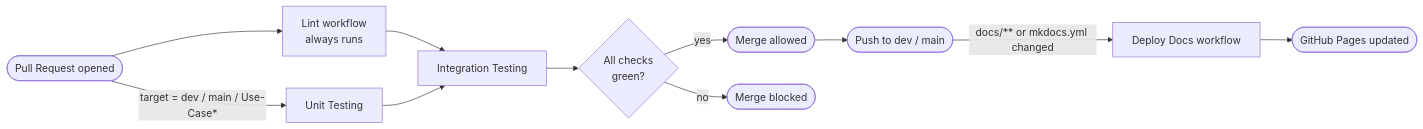
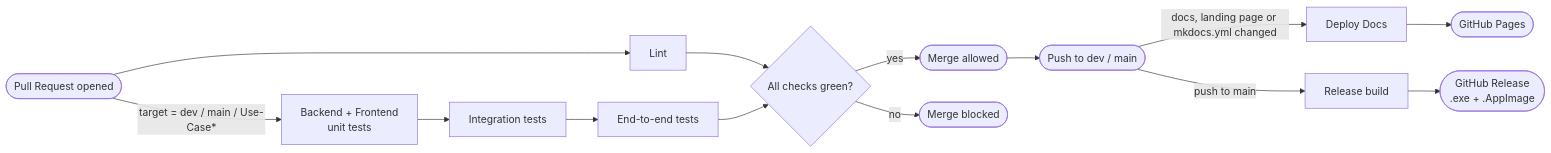
Before and after one commit to COS301-SE-2026/Gesture-Based-Drone-Control: the diagram in docs/CICD.md, drawn with Mermaid. The commit also changed other lines of this file, not shown here.

````diff
--- a/docs/CICD.md
+++ b/docs/CICD.md
@@ -37,13 +32,14 @@
 ```mermaid
 flowchart LR
-    PR([Pull Request opened]) --> LINT[Lint workflow<br/>always runs]
-    PR -->|target = dev / main / Use-Case*| TEST[Unit Testing]
-    LINT --> INTEGRATION[Integration Testing]
-    TEST --> INTEGRATION
-    INTEGRATION --> CHECK{All checks<br/>green?}
+    PR([Pull Request opened]) --> LINT[Lint]
+    PR -->|target = dev / main / Use-Case*| UNIT[Backend + Frontend<br/>unit tests]
+    UNIT --> INT[Integration tests]
+    INT --> E2E[End-to-end tests]
+    LINT --> CHECK{All checks green?}
+    E2E --> CHECK
     CHECK -- yes --> MERGE([Merge allowed])
-    CHECK -- no  --> BLOCK([Merge blocked])
+    CHECK -- no --> BLOCK([Merge blocked])
     MERGE --> PUSH([Push to dev / main])
-    PUSH -->|docs/** or mkdocs.yml changed| DOCS[Deploy Docs workflow]
-    DOCS --> PAGES([GitHub Pages updated])
+    PUSH -->|docs, landing page or mkdocs.yml changed| DOCS[Deploy Docs] --> PAGES([GitHub Pages])
+    PUSH -->|push to main| REL[Release build] --> GHREL([GitHub Release<br/>.exe + .AppImage])
 ```
````
